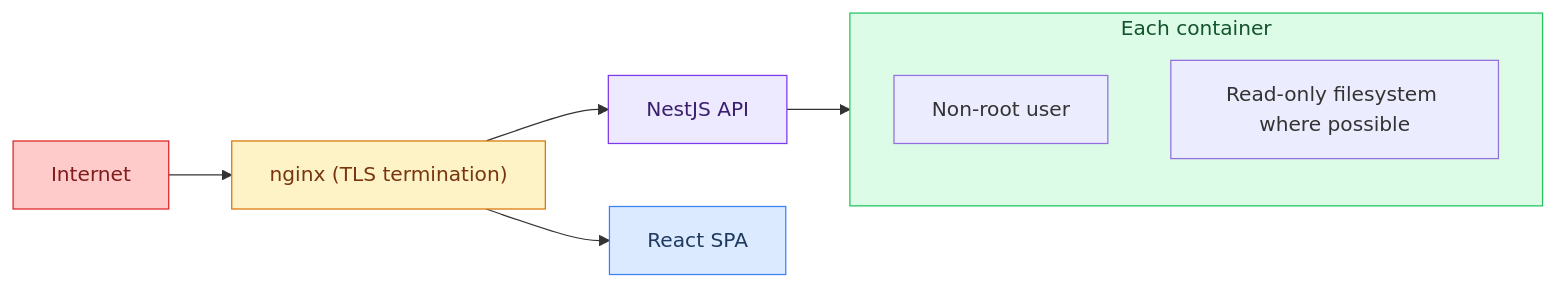
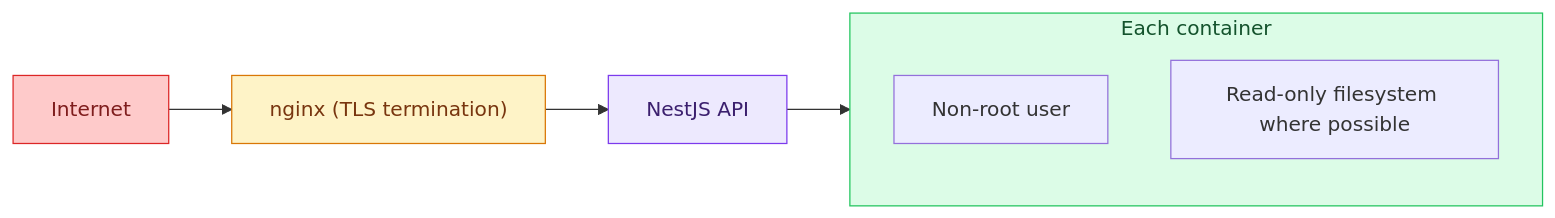
Before and after one commit to Univers42/mini-baas: the second of 2 diagrams in SECURITY.md, drawn with Mermaid. The commit also changed other lines of this file and 10 other files, not shown here.

````diff
--- a/SECURITY.md
+++ b/SECURITY.md
@@ -72,19 +72,17 @@
 ```mermaid
 graph LR
     Internet --> Nginx["nginx (TLS termination)"]
     Nginx --> Backend["NestJS API"]
-    Nginx --> Frontend["React SPA"]
 
     subgraph Container["Each container"]
         nonroot["Non-root user"]
         ro["Read-only filesystem where possible"]
     end
 
     Backend --> Container
 
     style Internet fill:#fecaca,stroke:#dc2626,color:#7f1d1d
     style Nginx fill:#fef3c7,stroke:#d97706,color:#78350f
     style Backend fill:#ede9fe,stroke:#7c3aed,color:#3b1f6e
-    style Frontend fill:#dbeafe,stroke:#3b82f6,color:#1e3a5f
     style Container fill:#dcfce7,stroke:#22c55e,color:#14532d
 ```
````
